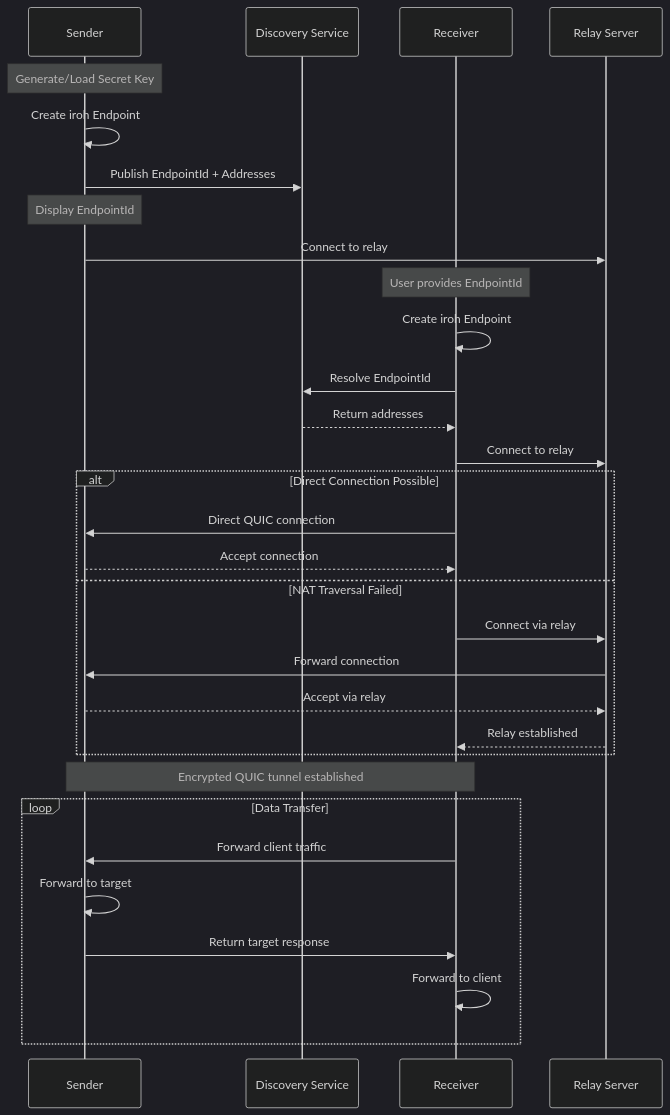
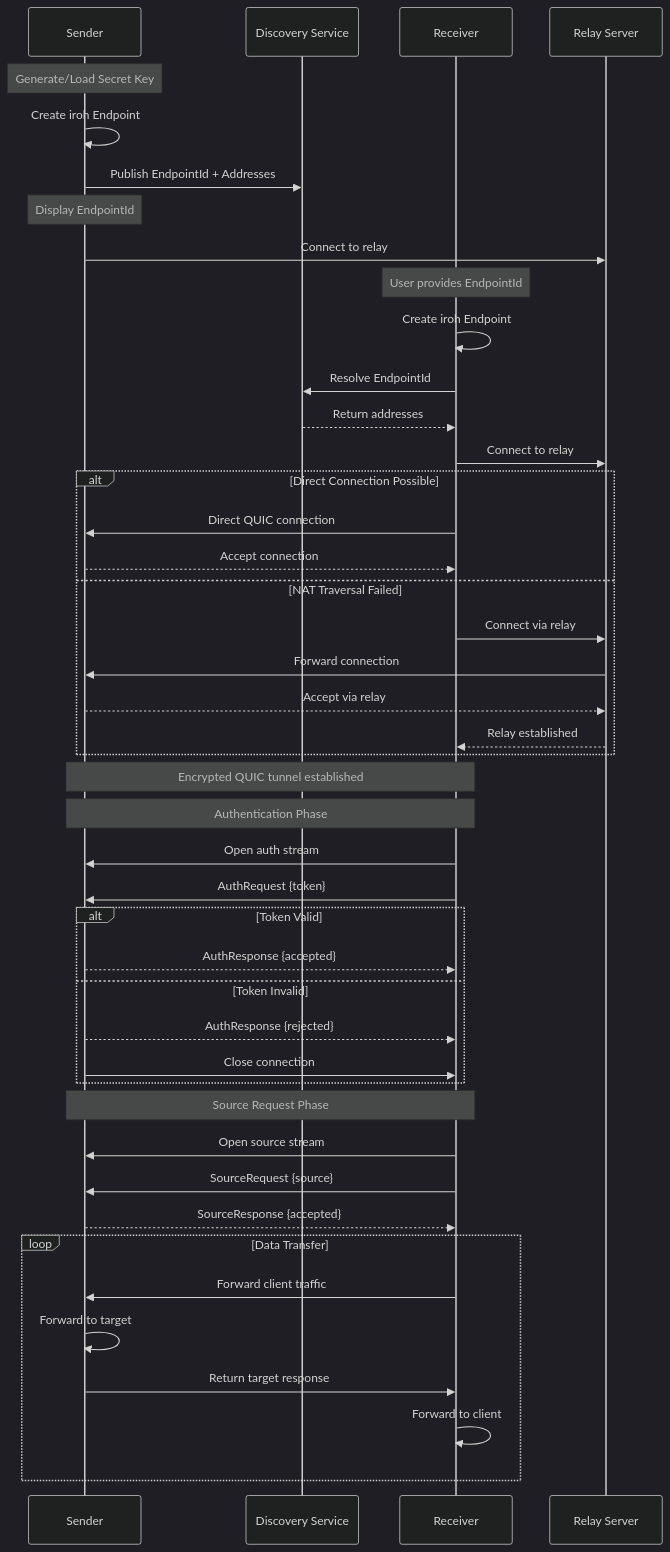
The sixth of 35 diagrams in docs/ARCHITECTURE.md (andrewtheguy/vpn-rs), drawn with Mermaid (dark theme) before and after one commit. The commit also changed other lines of this file, not shown here.

Commit message:
feat: enhance iroh mode authentication flow with dedicated auth stream and timeout handling

````diff
--- a/docs/ARCHITECTURE.md
+++ b/docs/ARCHITECTURE.md
@@ -248,38 +248,53 @@
 ```mermaid
 sequenceDiagram
     participant S as Sender
     participant SD as Discovery Service
     participant R as Receiver
     participant RS as Relay Server
     
     Note over S: Generate/Load Secret Key
     S->>S: Create iroh Endpoint
     S->>SD: Publish EndpointId + Addresses
     Note over S: Display EndpointId
     S->>RS: Connect to relay
     
     Note over R: User provides EndpointId
     R->>R: Create iroh Endpoint
     R->>SD: Resolve EndpointId
     SD-->>R: Return addresses
     R->>RS: Connect to relay
     
     alt Direct Connection Possible
         R->>S: Direct QUIC connection
         S-->>R: Accept connection
     else NAT Traversal Failed
         R->>RS: Connect via relay
         RS->>S: Forward connection
         S-->>RS: Accept via relay
         RS-->>R: Relay established
     end
     
     Note over S,R: Encrypted QUIC tunnel established
-    
+
+    Note over R,S: Authentication Phase
+    R->>S: Open auth stream
+    R->>S: AuthRequest {token}
+    alt Token Valid
+        S-->>R: AuthResponse {accepted}
+    else Token Invalid
+        S-->>R: AuthResponse {rejected}
+        S->>R: Close connection
+    end
+
+    Note over R,S: Source Request Phase
+    R->>S: Open source stream
+    R->>S: SourceRequest {source}
+    S-->>R: SourceResponse {accepted}
+
     loop Data Transfer
         R->>S: Forward client traffic
         S->>S: Forward to target
         S->>R: Return target response
         R->>R: Forward to client
     end
 ```
````
